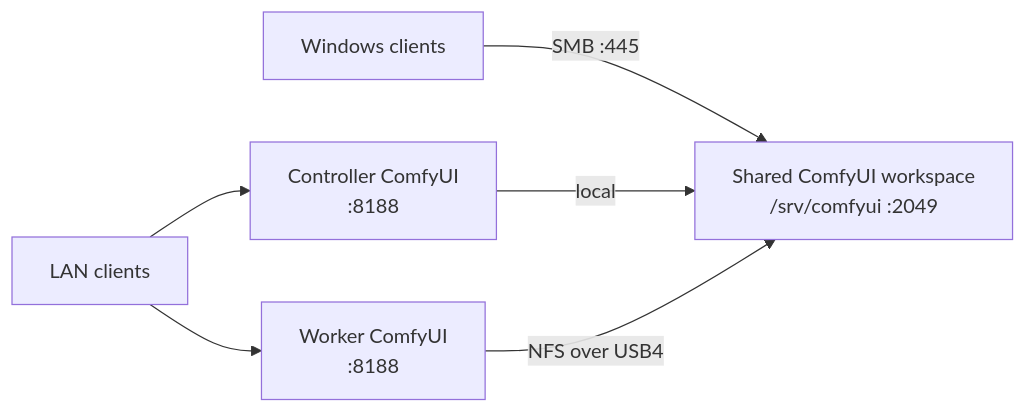
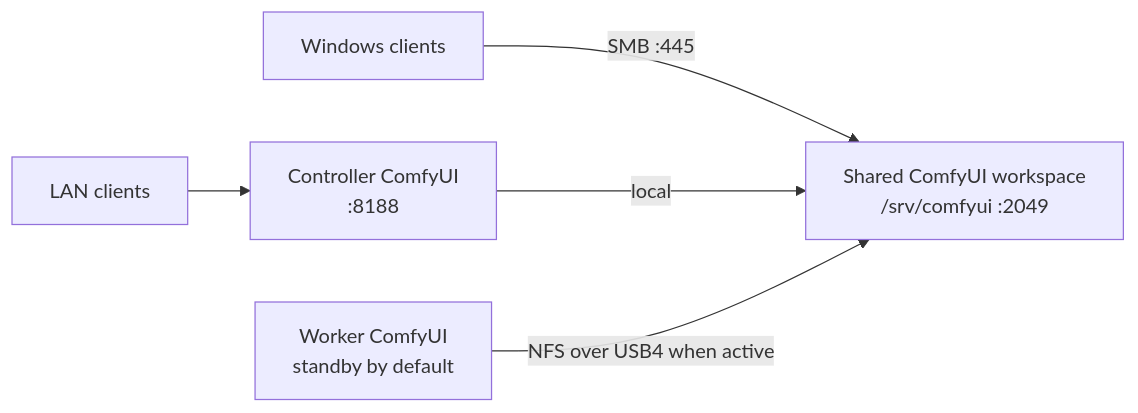
Before and after one commit to mightystudios/StrixHaloCluster: the second of 2 diagrams in README.md, drawn with Mermaid. The commit also changed other lines of this file and 12 other files, not shown here.

````diff
--- a/README.md
+++ b/README.md
@@ -58,8 +62,8 @@
 ```mermaid
 graph LR
     clients["LAN clients"] --> comfy_a["Controller ComfyUI<br/>:8188"]
-    clients --> comfy_b["Worker ComfyUI<br/>:8188"]
+    comfy_b["Worker ComfyUI<br/>standby by default"]
     windows["Windows clients"] -->|SMB :445| store
     comfy_a -->|local| store["Shared ComfyUI workspace<br/>/srv/comfyui :2049"]
-    comfy_b -->|NFS over USB4| store
+    comfy_b -->|NFS over USB4 when active| store
 ```
````
